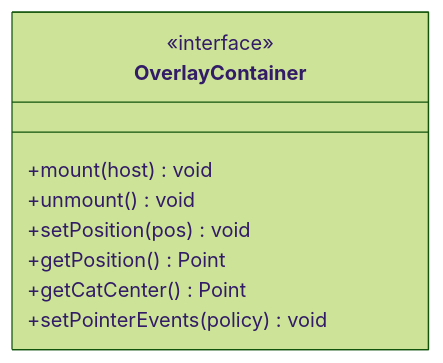
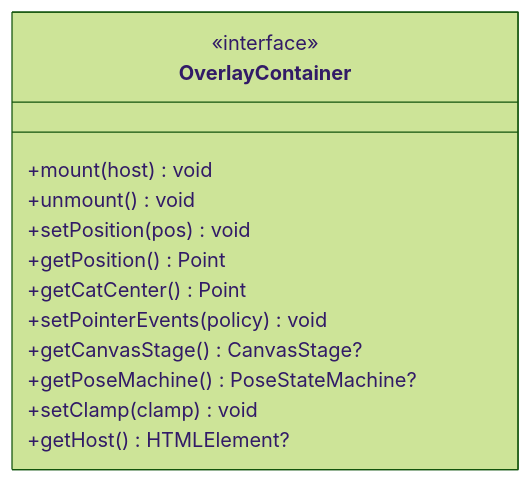
Before and after one commit to sher2018/cat_eyeing_mouse: diagram 46 of 59 in doc/2.detailed_design_specification.md, drawn with Mermaid (forest theme). The commit also changed other lines of this file and 25 other files, not shown here.

````diff
--- a/doc/2.detailed_design_specification.md
+++ b/doc/2.detailed_design_specification.md
@@ -1338,12 +1431,16 @@
 ```mermaid
 classDiagram
     class OverlayContainer {
         <<interface>>
         +mount(host) void
         +unmount() void
         +setPosition(pos) void
         +getPosition() Point
         +getCatCenter() Point
         +setPointerEvents(policy) void
+        +getCanvasStage() CanvasStage?
+        +getPoseMachine() PoseStateMachine?
+        +setClamp(clamp) void
+        +getHost() HTMLElement?
     }
 ```
````
